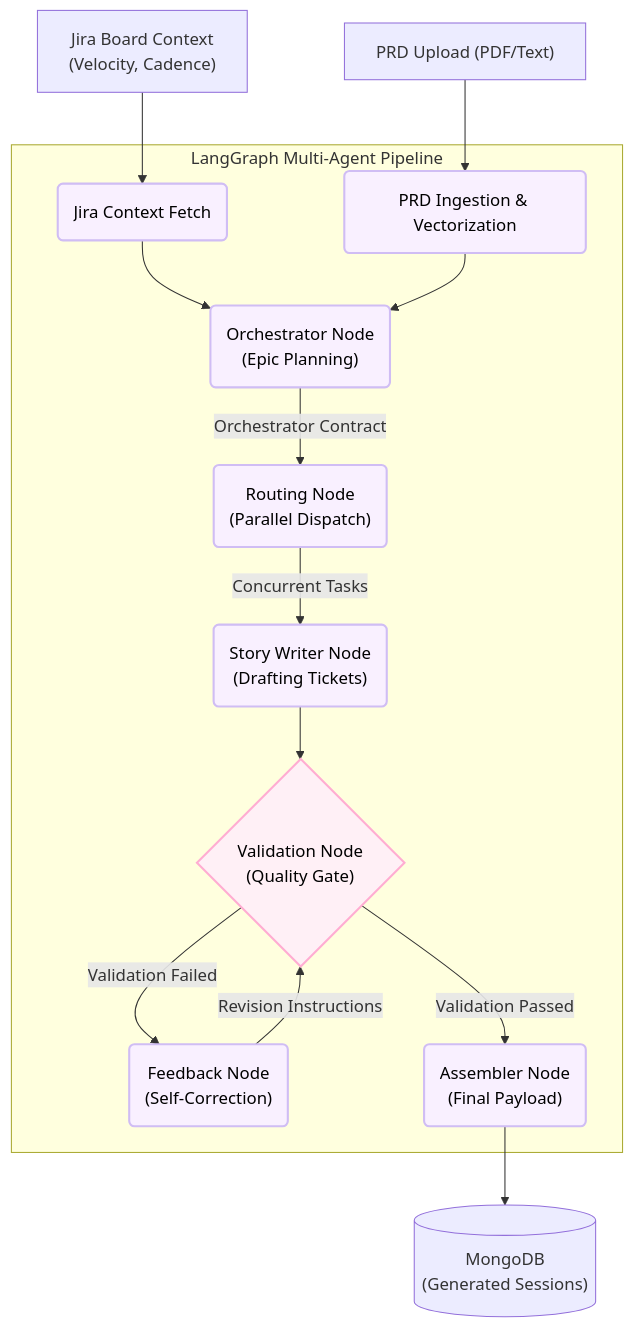
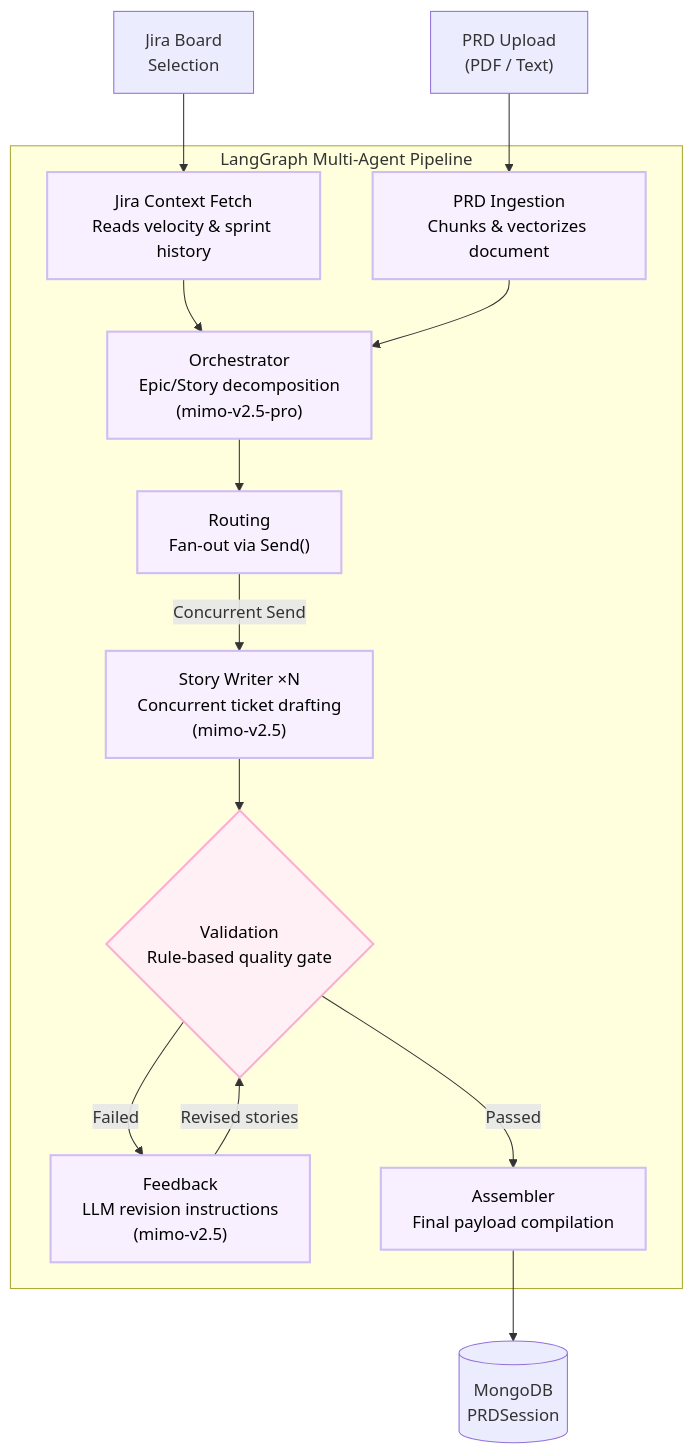
Before and after one commit to anudeepmuppalla1729/AI-Scrum-Assistant: the second of 2 diagrams in README.md, drawn with Mermaid. The commit also changed other lines of this file and 1 other file, not shown here.

Commit message:
Add user manual for AI Scrum Assistant with detailed features and usage instructions

````diff
--- a/README.md
+++ b/README.md
@@ -64,44 +127,35 @@
 ```mermaid
 graph TD
-    %% External Inputs
-    PRD["PRD Upload (PDF/Text)"]
-    JiraContext["Jira Board Context\n(Velocity, Cadence)"]
+    PRD["PRD Upload<br/>(PDF / Text)"]
+    Board["Jira Board<br/>Selection"]
 
-    %% AI Nodes
-    subgraph LangGraph Pipeline ["LangGraph Multi-Agent Pipeline"]
-        N1("Jira Context Fetch")
-        N2("PRD Ingestion & Vectorization")
-        N3("Orchestrator Node\n(Epic Planning)")
-        N4("Routing Node\n(Parallel Dispatch)")
-        N5("Story Writer Node\n(Drafting Tickets)")
-        N6{"Validation Node\n(Quality Gate)"}
-        N7("Feedback Node\n(Self-Correction)")
-        N8("Assembler Node\n(Final Payload)")
+    subgraph Pipeline ["LangGraph Multi-Agent Pipeline"]
+        N1["Jira Context Fetch<br/>Reads velocity & sprint history"]
+        N2["PRD Ingestion<br/>Chunks & vectorizes document"]
+        N3["Orchestrator<br/>Epic/Story decomposition<br/>(mimo-v2.5-pro)"]
+        N4["Routing<br/>Fan-out via Send()"]
+        N5["Story Writer ×N<br/>Concurrent ticket drafting<br/>(mimo-v2.5)"]
+        N6{"Validation<br/>Rule-based quality gate"}
+        N7["Feedback<br/>LLM revision instructions<br/>(mimo-v2.5)"]
+        N8["Assembler<br/>Final payload compilation"]
     end
-    
-    %% Storage
-    DB[("MongoDB\n(Generated Sessions)")]
 
-    %% Flow
+    DB[("MongoDB<br/>PRDSession")]
+
     PRD --> N2
-    JiraContext --> N1
+    Board --> N1
     N1 --> N3
     N2 --> N3
-    
-    N3 -->|Orchestrator Contract| N4
-    N4 -->|Concurrent Tasks| N5
+    N3 --> N4
+    N4 -->|Concurrent Send| N5
     N5 --> N6
-    
-    N6 -->|Validation Failed| N7
-    N7 -->|Revision Instructions| N6
-    
-    N6 -->|Validation Passed| N8
+    N6 -->|Failed| N7
+    N7 -->|Revised stories| N6
+    N6 -->|Passed| N8
     N8 --> DB
-    
-    %% Styling
-    classDef ai fill:#f9f0ff,stroke:#d0bdf4,stroke-width:2px,color:#000000;
-    classDef gate fill:#fff0f6,stroke:#ffadd2,stroke-width:2px,color:#000000;
-    
+
+    classDef ai fill:#f9f0ff,stroke:#d0bdf4,stroke-width:2px,color:#000;
+    classDef gate fill:#fff0f6,stroke:#ffadd2,stroke-width:2px,color:#000;
     class N1,N2,N3,N4,N5,N7,N8 ai;
     class N6 gate;
 ```
````
